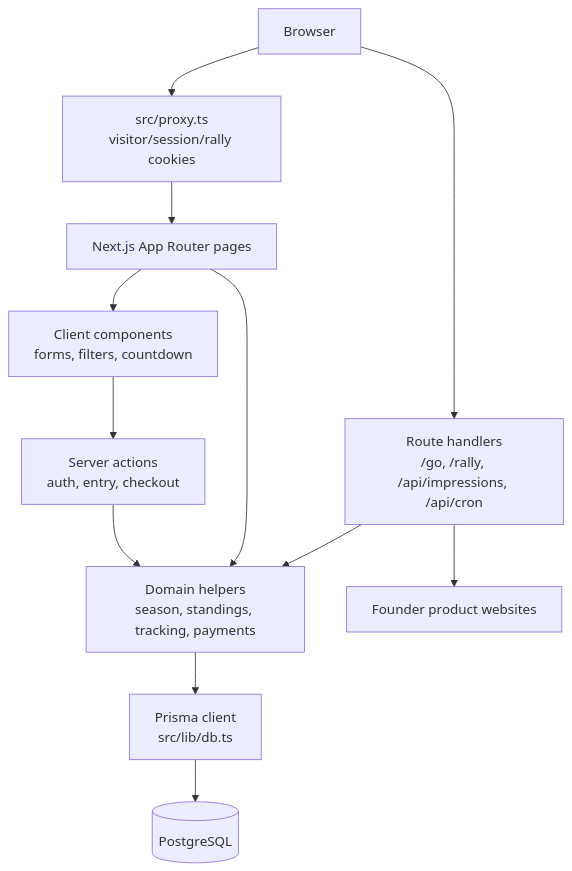
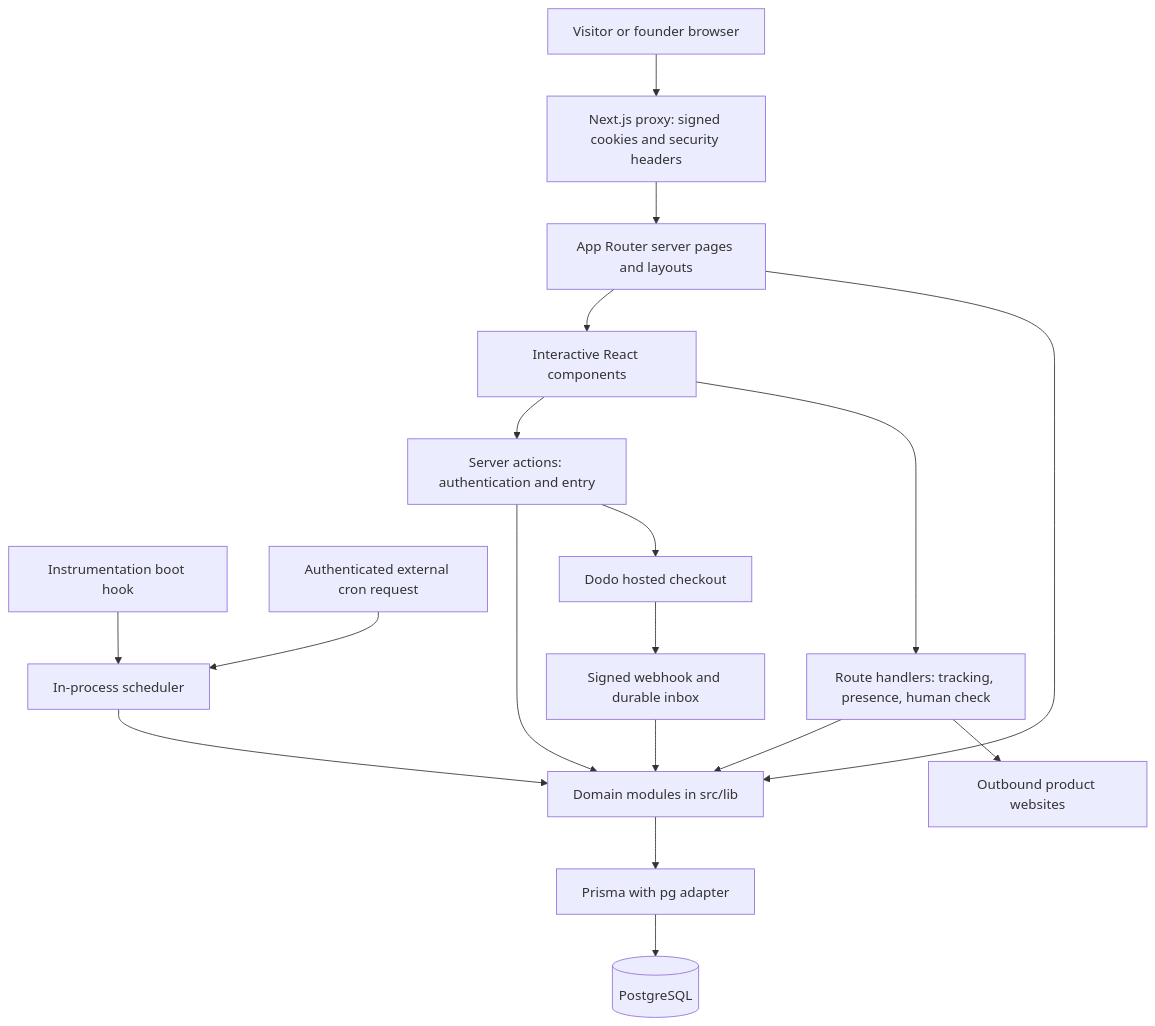
Before and after one commit to Rounit002/surviver: the diagram in architecture.md, drawn with Mermaid. The commit also changed other lines of this file and 5 other files, not shown here.

````diff
--- a/architecture.md
+++ b/architecture.md
@@ -9,25 +13,20 @@
 ```mermaid
 flowchart TD
-    Browser[Browser]
-    Proxy[src/proxy.ts\nvisitor/session/rally cookies]
-    Pages[Next.js App Router pages]
-    Client[Client components\nforms, filters, countdown]
-    Actions[Server actions\nauth, entry, checkout]
-    Redirects[Route handlers\n/go, /rally, /api/impressions, /api/cron]
-    Domain[Domain helpers\nseason, standings, tracking, payments]
-    Prisma[Prisma client\nsrc/lib/db.ts]
-    DB[(PostgreSQL)]
-    External[Founder product websites]
-
-    Browser --> Proxy
-    Proxy --> Pages
-    Pages --> Client
-    Client --> Actions
-    Pages --> Domain
-    Browser --> Redirects
-    Redirects --> Domain
+    Browser[Visitor or founder browser] --> Proxy[Next.js proxy: signed cookies and security headers]
+    Proxy --> Pages[App Router server pages and layouts]
+    Pages --> UI[Interactive React components]
+    UI --> Actions[Server actions: authentication and entry]
+    UI --> Routes[Route handlers: tracking, presence, human check]
+    Pages --> Domain[Domain modules in src/lib]
     Actions --> Domain
-    Domain --> Prisma
-    Prisma --> DB
-    Redirects --> External
+    Routes --> Domain
+    Boot[Instrumentation boot hook] --> Scheduler[In-process scheduler]
+    Cron[Authenticated external cron request] --> Scheduler
+    Scheduler --> Domain
+    Domain --> Prisma[Prisma with pg adapter]
+    Prisma --> DB[(PostgreSQL)]
+    Actions --> Dodo[Dodo hosted checkout]
+    Dodo --> Webhook[Signed webhook and durable inbox]
+    Webhook --> Domain
+    Routes --> Sites[Outbound product websites]
 ```
````
